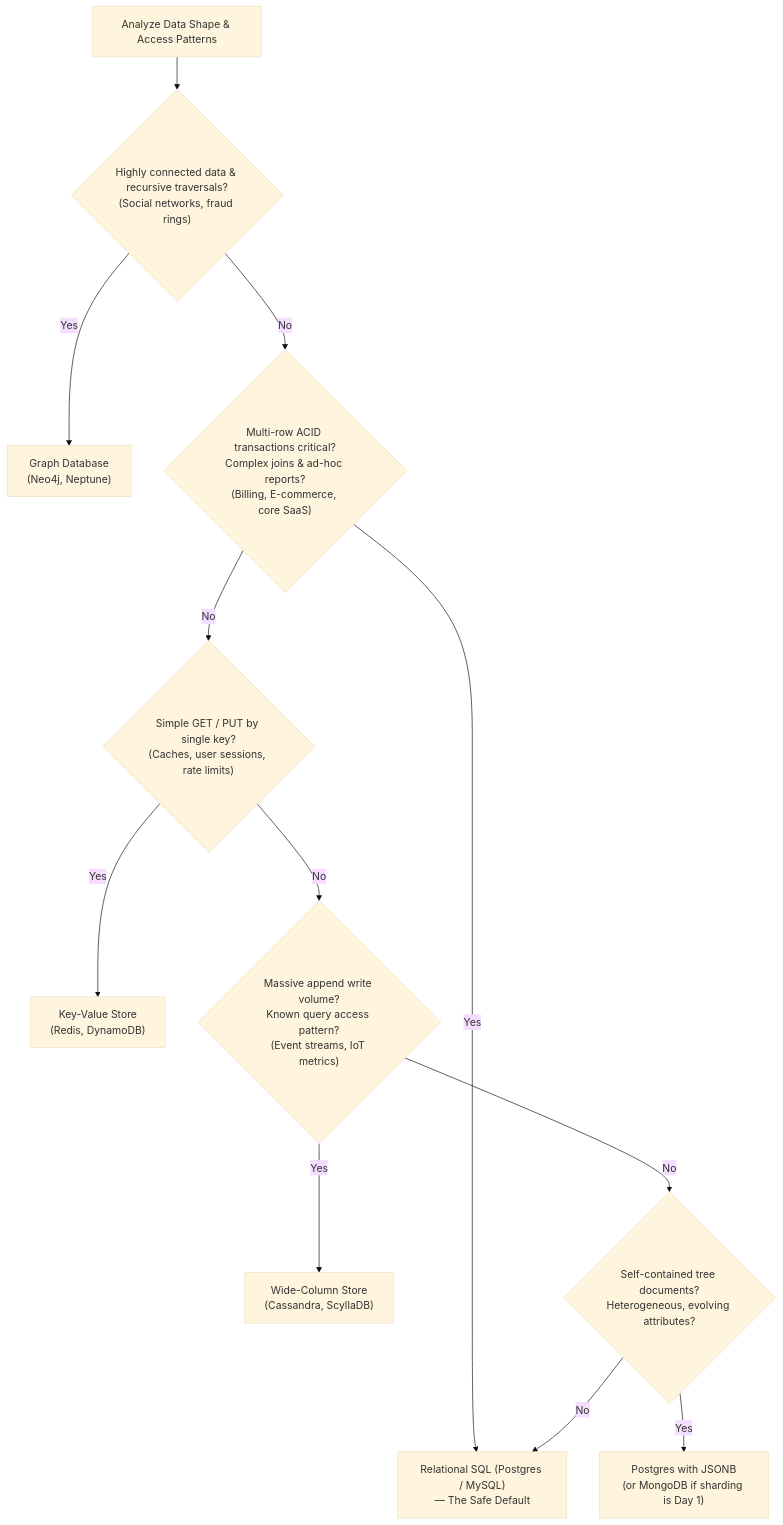
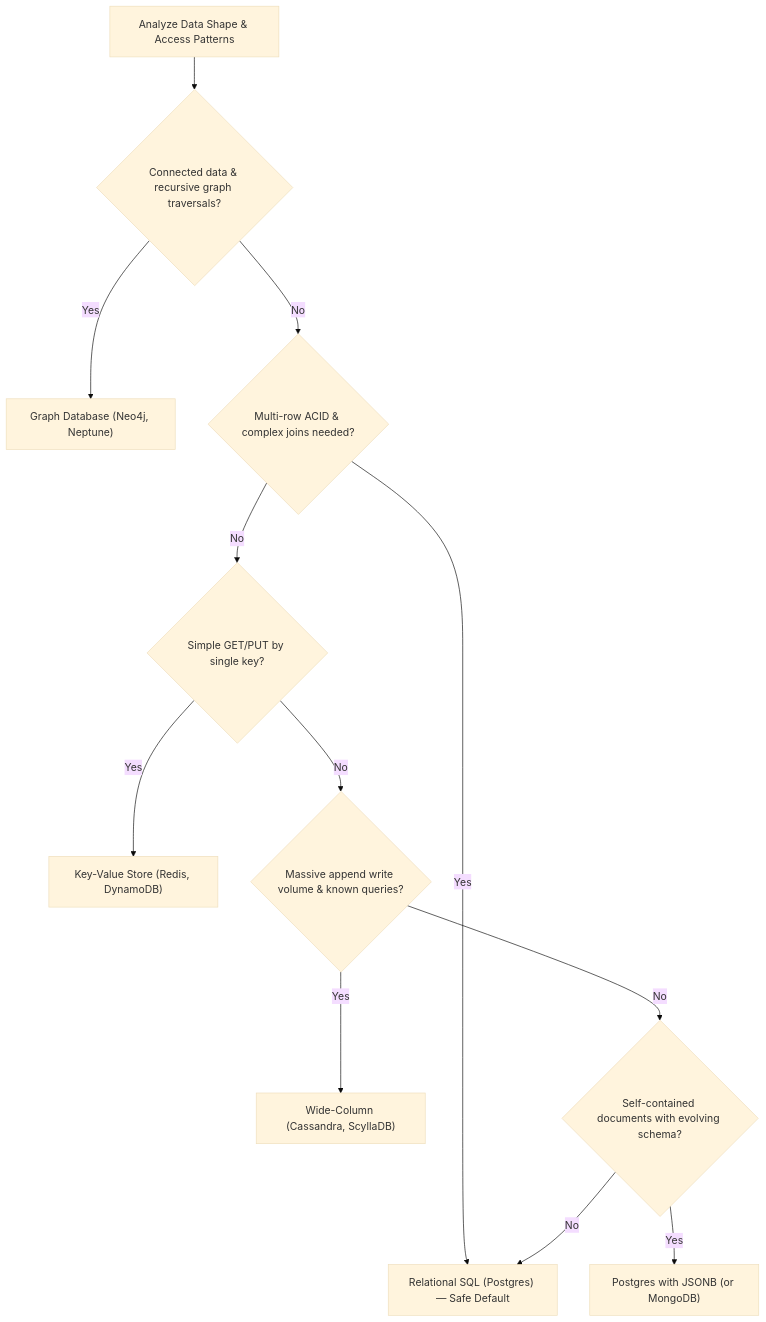
One commit to Shivanshu27/my-personal-website changed the eighth of 8 diagrams in content/blog/sql-vs-nosql-a-senior-engineers-guide.md. Above: the diagram before and after it, drawn with Mermaid (base theme). The commit also changed other lines of this file and 4 other files, not shown here.

Commit message:
Fix Mermaid rendering, add single.html layout, and ensure latest posts sort by date

````diff
--- a/content/blog/sql-vs-nosql-a-senior-engineers-guide.md
+++ b/content/blog/sql-vs-nosql-a-senior-engineers-guide.md
@@ -287,14 +272,14 @@
 ```mermaid
 flowchart TD
-  Start["Analyze Data Shape & Access Patterns"] --> Q1{"Highly connected data & recursive traversals?<br/>(Social networks, fraud rings)"}
-  Q1 -->|Yes| Graph["Graph Database<br/>(Neo4j, Neptune)"]
-  Q1 -->|No| Q2{"Multi-row ACID transactions critical?<br/>Complex joins & ad-hoc reports?<br/>(Billing, E-commerce, core SaaS)"}
-  Q2 -->|Yes| SQL["Relational SQL (Postgres / MySQL)<br/>— The Safe Default"]
-  Q2 -->|No| Q3{"Simple GET / PUT by single key?<br/>(Caches, user sessions, rate limits)"}
-  Q3 -->|Yes| KV["Key-Value Store<br/>(Redis, DynamoDB)"]
-  Q3 -->|No| Q4{"Massive append write volume?<br/>Known query access pattern?<br/>(Event streams, IoT metrics)"}
-  Q4 -->|Yes| WC["Wide-Column Store<br/>(Cassandra, ScyllaDB)"]
-  Q4 -->|No| Q5{"Self-contained tree documents?<br/>Heterogeneous, evolving attributes?"}
-  Q5 -->|Yes| Hybrid["Postgres with JSONB<br/>(or MongoDB if sharding is Day 1)"]
+  Start["Analyze Data Shape & Access Patterns"] --> Q1{"Connected data & recursive graph traversals?"}
+  Q1 -->|Yes| Graph["Graph Database (Neo4j, Neptune)"]
+  Q1 -->|No| Q2{"Multi-row ACID & complex joins needed?"}
+  Q2 -->|Yes| SQL["Relational SQL (Postgres) — Safe Default"]
+  Q2 -->|No| Q3{"Simple GET/PUT by single key?"}
+  Q3 -->|Yes| KV["Key-Value Store (Redis, DynamoDB)"]
+  Q3 -->|No| Q4{"Massive append write volume & known queries?"}
+  Q4 -->|Yes| WC["Wide-Column (Cassandra, ScyllaDB)"]
+  Q4 -->|No| Q5{"Self-contained documents with evolving schema?"}
+  Q5 -->|Yes| Hybrid["Postgres with JSONB (or MongoDB)"]
   Q5 -->|No| SQL
 ```
````
